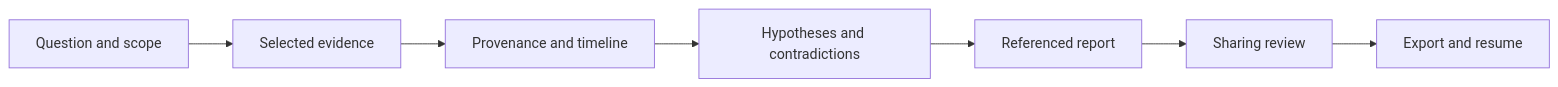
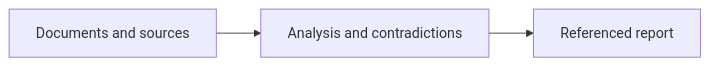
The diagram in README.md (OSINT-Forge-Community/osint-forge-skills), drawn with Mermaid before and after one commit. The commit also changed other lines of this file and 48 other files, not shown here.

````diff
--- a/README.md
+++ b/README.md
@@ -276,9 +41,5 @@
 ```mermaid
 flowchart LR
-   A[Question and scope] --> B[Selected evidence]
-   B --> C[Provenance and timeline]
-   C --> D[Hypotheses and contradictions]
-   D --> E[Referenced report]
-   E --> F[Sharing review]
-   F --> G[Export and resume]
+    A[Documents and sources] --> B[Analysis and contradictions]
+    B --> C[Referenced report]
 ```
````
